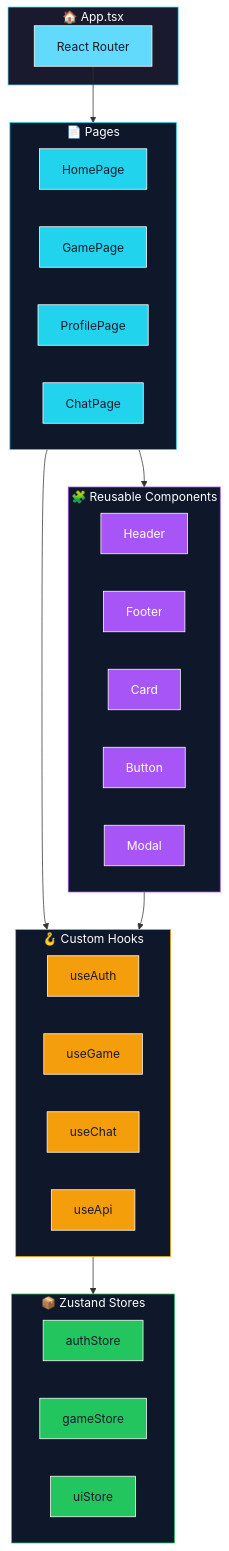
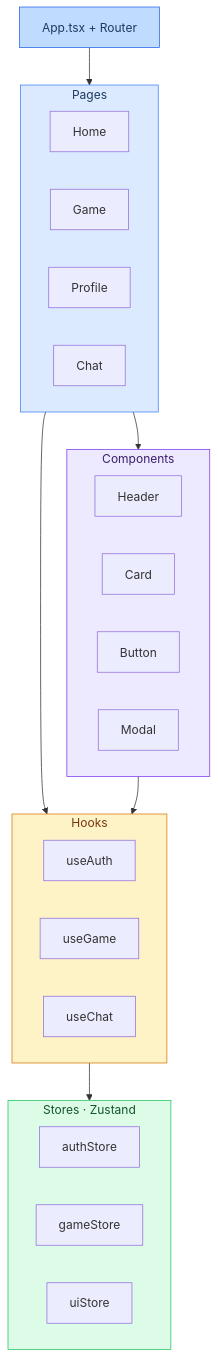
One commit to Univers42/transcendance changed the second of 13 diagrams in CONTRIBUTING.md. Above: the diagram before and after it, drawn with Mermaid. The commit also changed other lines of this file, not shown here.

````diff
--- a/CONTRIBUTING.md
+++ b/CONTRIBUTING.md
@@ -213,63 +192,42 @@
 ```mermaid
-flowchart TD
-    subgraph App["🏠 App.tsx"]
-        Router["React Router"]
+graph TD
+    App["App.tsx + Router"]
+
+    subgraph PG["Pages"]
+        Home["Home"]
+        Game["Game"]
+        Profile["Profile"]
+        Chat["Chat"]
     end
-    
-    subgraph Pages["📄 Pages"]
-        Home["HomePage"]
-        Game["GamePage"]
-        Profile["ProfilePage"]
-        Chat["ChatPage"]
-    end
-    
-    subgraph Components["🧩 Reusable Components"]
+
+    subgraph CP["Components"]
         Header["Header"]
-        Footer["Footer"]
         Card["Card"]
         Button["Button"]
         Modal["Modal"]
     end
-    
-    subgraph Hooks["🪝 Custom Hooks"]
-        useAuth["useAuth"]
-        useGame["useGame"]
-        useChat["useChat"]
-        useApi["useApi"]
-    end
-    
-    subgraph State["📦 Zustand Stores"]
-        AuthStore["authStore"]
-        GameStore["gameStore"]
-        UIStore["uiStore"]
+
+    subgraph HK["Hooks"]
+        uA["useAuth"]
+        uG["useGame"]
+        uC["useChat"]
     end
 
-    Router --> Pages
-    Pages --> Components
-    Pages --> Hooks
-    Hooks --> State
-    Components --> Hooks
+    subgraph ST["Stores · Zustand"]
+        authS["authStore"]
+        gameS["gameStore"]
+        uiS["uiStore"]
+    end
 
-    style App fill:#1a1a2e,stroke:#61dafb,color:#fff
-    style Pages fill:#0f172a,stroke:#22d3ee,color:#fff
-    style Components fill:#0f172a,stroke:#a855f7,color:#fff
-    style Hooks fill:#0f172a,stroke:#f59e0b,color:#fff
-    style State fill:#0f172a,stroke:#22c55e,color:#fff
-    style Router fill:#61dafb,stroke:#fff,color:#1a1a2e
-    style Home fill:#22d3ee,stroke:#fff,color:#1a1a2e
-    style Game fill:#22d3ee,stroke:#fff,color:#1a1a2e
-    style Profile fill:#22d3ee,stroke:#fff,color:#1a1a2e
-    style Chat fill:#22d3ee,stroke:#fff,color:#1a1a2e
-    style Header fill:#a855f7,stroke:#fff,color:#fff
-    style Footer fill:#a855f7,stroke:#fff,color:#fff
-    style Card fill:#a855f7,stroke:#fff,color:#fff
-    style Button fill:#a855f7,stroke:#fff,color:#fff
-    style Modal fill:#a855f7,stroke:#fff,color:#fff
-    style useAuth fill:#f59e0b,stroke:#fff,color:#1a1a2e
-    style useGame fill:#f59e0b,stroke:#fff,color:#1a1a2e
-    style useChat fill:#f59e0b,stroke:#fff,color:#1a1a2e
-    style useApi fill:#f59e0b,stroke:#fff,color:#1a1a2e
-    style AuthStore fill:#22c55e,stroke:#fff,color:#1a1a2e
-    style GameStore fill:#22c55e,stroke:#fff,color:#1a1a2e
-    style UIStore fill:#22c55e,stroke:#fff,color:#1a1a2e
+    App --> PG
+    PG --> CP
+    PG --> HK
+    CP --> HK
+    HK --> ST
+
+    style PG fill:#dbeafe,stroke:#3b82f6,color:#1e3a5f
+    style CP fill:#ede9fe,stroke:#7c3aed,color:#3b1f6e
+    style HK fill:#fef3c7,stroke:#d97706,color:#78350f
+    style ST fill:#dcfce7,stroke:#22c55e,color:#14532d
+    style App fill:#bfdbfe,stroke:#2563eb,color:#1e3a5f
 ```
````
